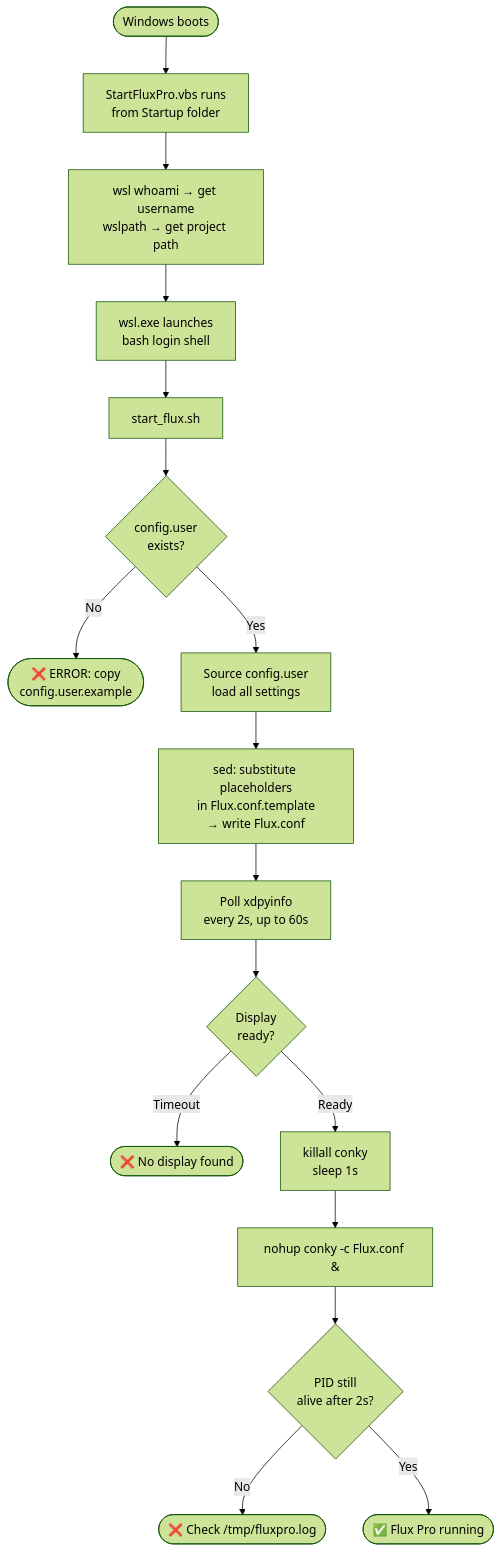
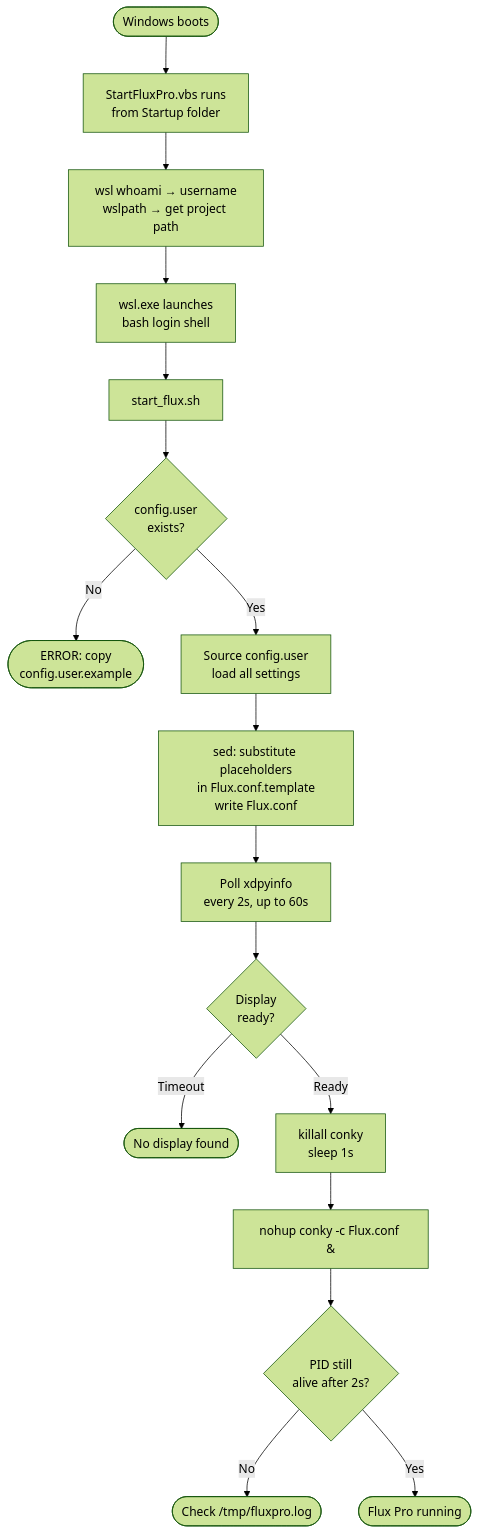
The second of 3 diagrams in README.md (rai-anish/fluxpro), drawn with Mermaid (forest theme) before and after one commit. The commit also changed other lines of this file, not shown here.

Commit message:
docs: fix mermaid diagram syntax formatting

````diff
--- a/README.md
+++ b/README.md
@@ -106,23 +106,23 @@
 ```mermaid
 flowchart TD
-    A(["Windows boots"]) --> B["StartFluxPro.vbs runs\nfrom Startup folder"]
-    B --> C["wsl whoami → get username\nwslpath → get project path"]
-    C --> D["wsl.exe launches\nbash login shell"]
+    A(["Windows boots"]) --> B["StartFluxPro.vbs runs<br/>from Startup folder"]
+    B --> C["wsl whoami → username<br/>wslpath → get project path"]
+    C --> D["wsl.exe launches<br/>bash login shell"]
     D --> E["start_flux.sh"]
 
-    E --> F{config.user\nexists?}
-    F -->|No| ERR1(["❌ ERROR: copy\nconfig.user.example"])
-    F -->|Yes| G["Source config.user\nload all settings"]
+    E --> F{"config.user<br/>exists?"}
+    F -->|"No"| ERR1(["ERROR: copy<br/>config.user.example"])
+    F -->|"Yes"| G["Source config.user<br/>load all settings"]
 
-    G --> H["sed: substitute placeholders\nin Flux.conf.template\n→ write Flux.conf"]
+    G --> H["sed: substitute placeholders<br/>in Flux.conf.template<br/>write Flux.conf"]
 
-    H --> I["Poll xdpyinfo\nevery 2s, up to 60s"]
-    I --> J{Display\nready?}
-    J -->|Timeout| ERR2(["❌ No display found"])
-    J -->|Ready| K["killall conky\nsleep 1s"]
+    H --> I["Poll xdpyinfo<br/>every 2s, up to 60s"]
+    I --> J{"Display<br/>ready?"}
+    J -->|"Timeout"| ERR2(["No display found"])
+    J -->|"Ready"| K["killall conky<br/>sleep 1s"]
 
     K --> L["nohup conky -c Flux.conf &"]
-    L --> M{PID still\nalive after 2s?}
-    M -->|No| ERR3(["❌ Check /tmp/fluxpro.log"])
-    M -->|Yes| N(["✅ Flux Pro running"])
+    L --> M{"PID still<br/>alive after 2s?"}
+    M -->|"No"| ERR3(["Check /tmp/fluxpro.log"])
+    M -->|"Yes"| N(["Flux Pro running"])
 ```
````
